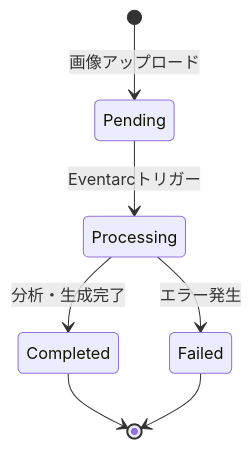
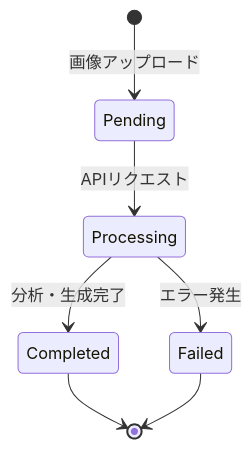
The fifth of 6 diagrams in docs/functional-design.md (nuance-sudo/drawing-practice-agent-gch4), drawn with Mermaid before and after one commit. The commit also changed other lines of this file and 3 other files, not shown here.

````diff
--- a/docs/functional-design.md
+++ b/docs/functional-design.md
@@ -672,9 +666,9 @@
 ```mermaid
 stateDiagram-v2
     [*] --> Pending: 画像アップロード
-    Pending --> Processing: Eventarcトリガー
+    Pending --> Processing: APIリクエスト
     Processing --> Completed: 分析・生成完了
     Processing --> Failed: エラー発生
     Completed --> [*]
     Failed --> [*]
 ```
````
